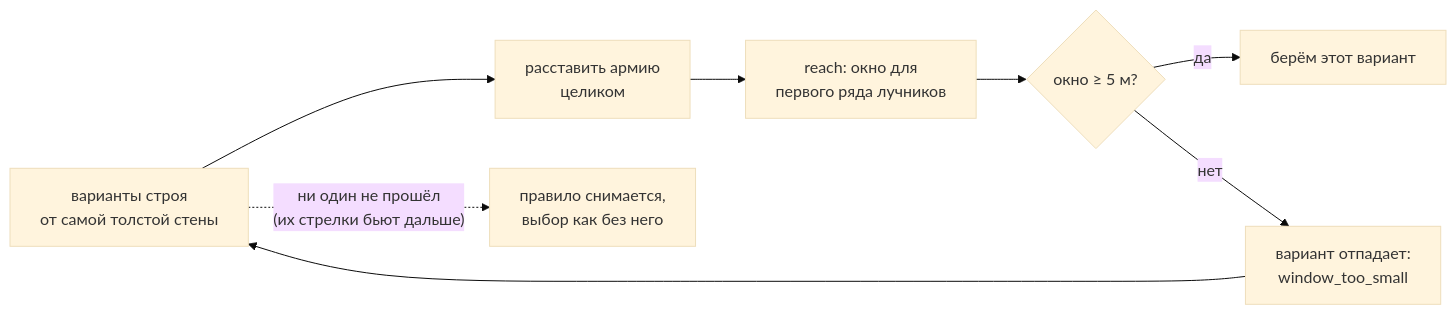
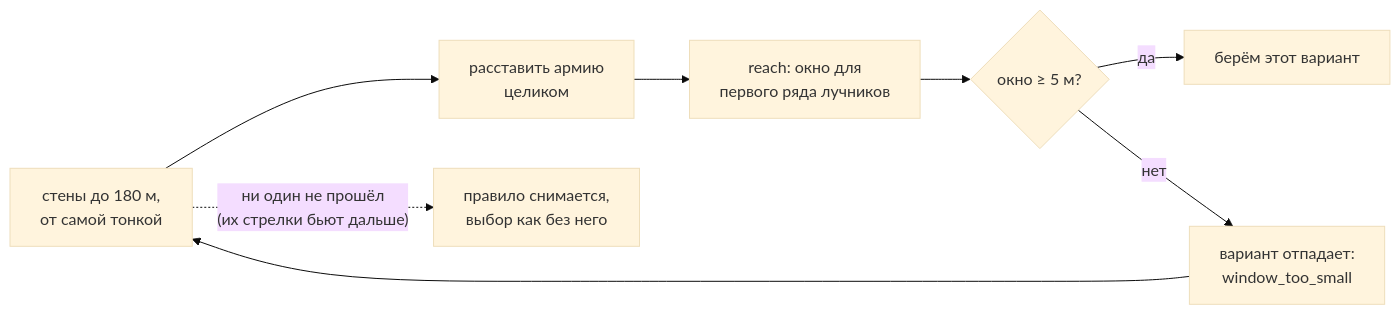
Before and after one commit to DimaZero7/TWW3-batle-ai: the second of 3 diagrams in docs/ru/tree/formation_window.md, drawn with Mermaid (base theme). The commit also changed other lines of this file and 28 other files, not shown here.

````diff
--- a/docs/ru/tree/formation_window.md
+++ b/docs/ru/tree/formation_window.md
@@ -40,9 +41,9 @@
 ```mermaid
 flowchart LR
-  o["варианты строя<br/>от самой толстой стены"] --> pl["расставить армию<br/>целиком"]
+  o["стены до 180 м,<br/>от самой тонкой"] --> pl["расставить армию<br/>целиком"]
   pl --> r["reach: окно для<br/>первого ряда лучников"]
   r --> q{"окно ≥ 5 м?"}
   q -- да --> take["берём этот вариант"]
   q -- нет --> next["вариант отпадает:<br/>window_too_small"] --> o
   o -. "ни один не прошёл<br/>(их стрелки бьют дальше)" .-> drop["правило снимается,<br/>выбор как без него"]
 ```
````
